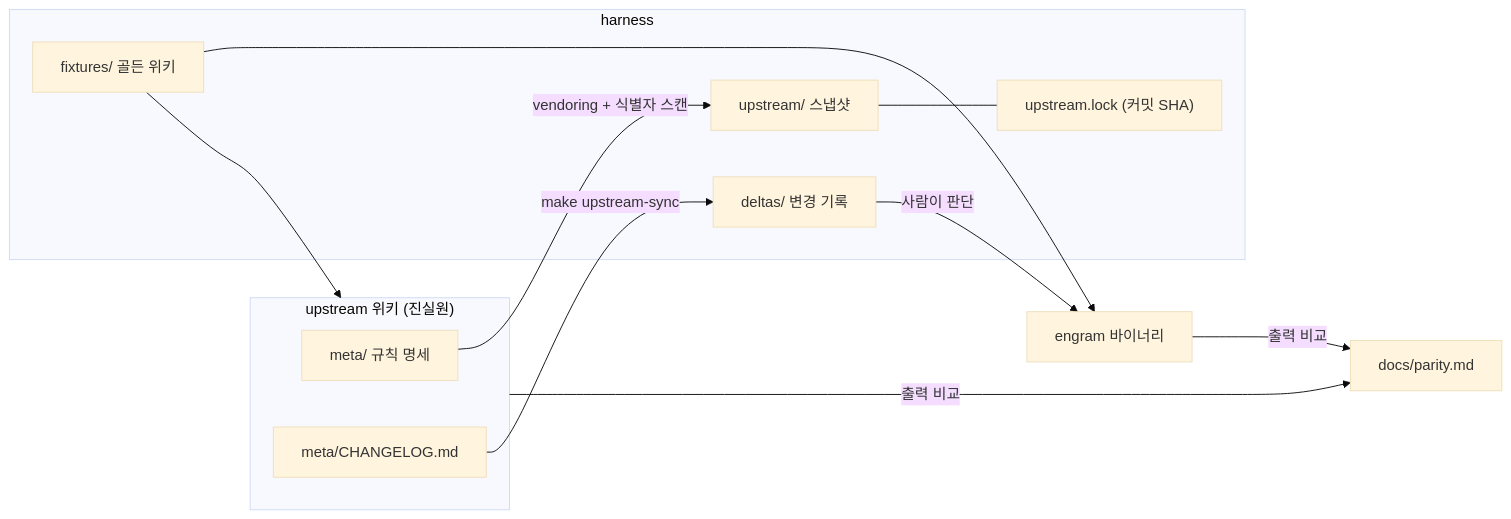
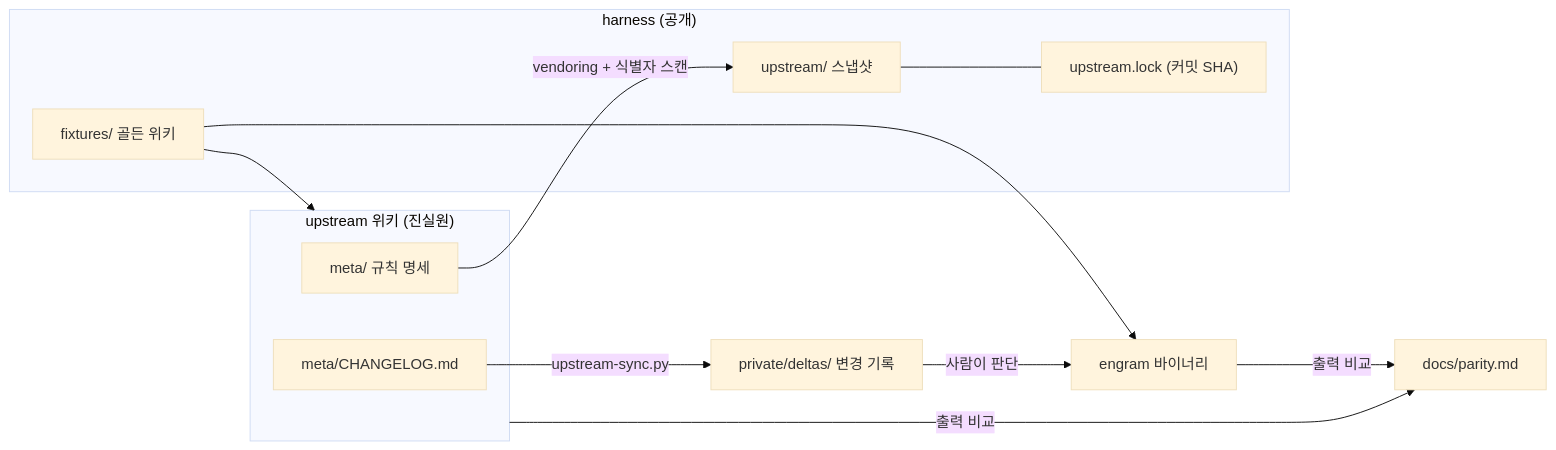
One commit to neocode24/engram changed the tenth of 12 diagrams in docs/architecture.md. Above: the diagram before and after it, drawn with Mermaid (base theme). The commit also changed other lines of this file and 10 other files, not shown here.

First line of the commit message:
chore: upstream lock 을 현재로 맞추고 harness 문서의 어긋난 표기를 고친다

````diff
--- a/docs/architecture.md
+++ b/docs/architecture.md
@@ -319,26 +319,26 @@
 ```mermaid
 flowchart LR
     subgraph UP["upstream 위키 (진실원)"]
         UM["meta/ 규칙 명세"]
         UC["meta/CHANGELOG.md"]
     end
 
-    subgraph HN["harness"]
+    subgraph HN["harness (공개)"]
         HV["upstream/ 스냅샷"]
         HL["upstream.lock (커밋 SHA)"]
-        HD["deltas/ 변경 기록"]
         HF["fixtures/ 골든 위키"]
     end
 
+    HD["private/deltas/ 변경 기록"]
     B["engram 바이너리"]
     P["docs/parity.md"]
 
     UM -->|"vendoring + 식별자 스캔"| HV
     HV --- HL
-    UC -->|"make upstream-sync"| HD
+    UC -->|"upstream-sync.py"| HD
     HD -->|"사람이 판단"| B
     HF --> B
     HF --> UP
     B -->|"출력 비교"| P
     UP -->|"출력 비교"| P
 ```
````
